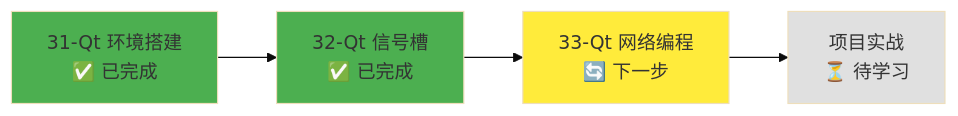
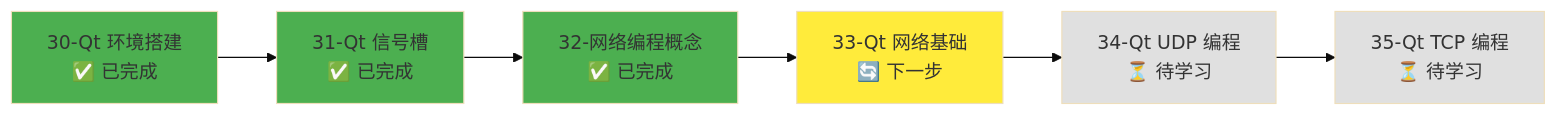
Before and after one commit to IdEvEbI/QtLanChat-FeiQClone: the third of 4 diagrams in docs/stage1/31-qt-signals-slots.md, drawn with Mermaid (base theme). The commit also changed 1 other file, not shown here.

Commit message:
fix: 修正文档学习路径图编号错误
- 修复 31-qt-signals-slots.md 第1364行学习路径图编号（31→30）
- 修复 32-network-programming-concepts.md 第757行错误的学习路径图
- 确保所有学习路径图使用正确的文档编号体系

````diff
--- a/docs/stage1/31-qt-signals-slots.md
+++ b/docs/stage1/31-qt-signals-slots.md
@@ -1362,11 +1362,15 @@
 ```mermaid
 graph LR
-    A[31-Qt 环境搭建<br/>✅ 已完成] --> B[32-Qt 信号槽<br/>✅ 已完成]
-    B --> C[33-Qt 网络编程<br/>🔄 下一步]
-    C --> D[项目实战<br/>⏳ 待学习]
+    A[30-Qt 环境搭建<br/>✅ 已完成] --> B[31-Qt 信号槽<br/>✅ 已完成]
+    B --> C[32-网络编程概念<br/>✅ 已完成]
+    C --> D[33-Qt 网络基础<br/>🔄 下一步]
+    D --> E[34-Qt UDP 编程<br/>⏳ 待学习]
+    E --> F[35-Qt TCP 编程<br/>⏳ 待学习]
 
     style A fill:#4caf50
     style B fill:#4caf50
-    style C fill:#ffeb3b
-    style D fill:#e0e0e0
+    style C fill:#4caf50
+    style D fill:#ffeb3b
+    style E fill:#e0e0e0
+    style F fill:#e0e0e0
 ```
````
